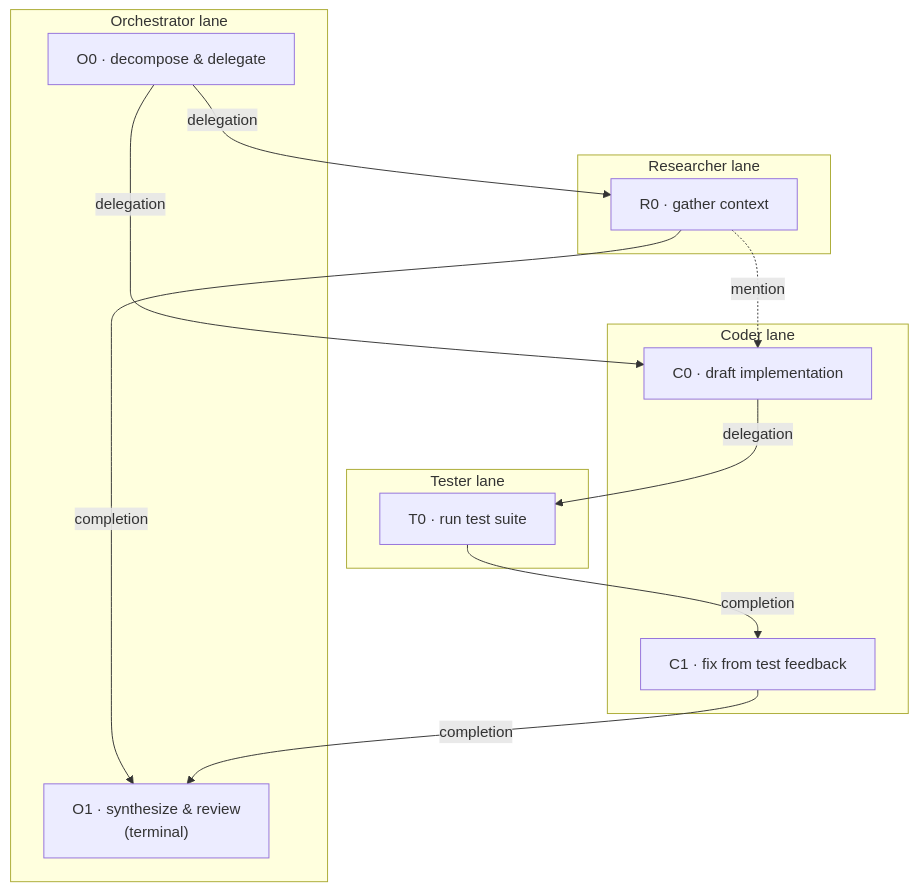
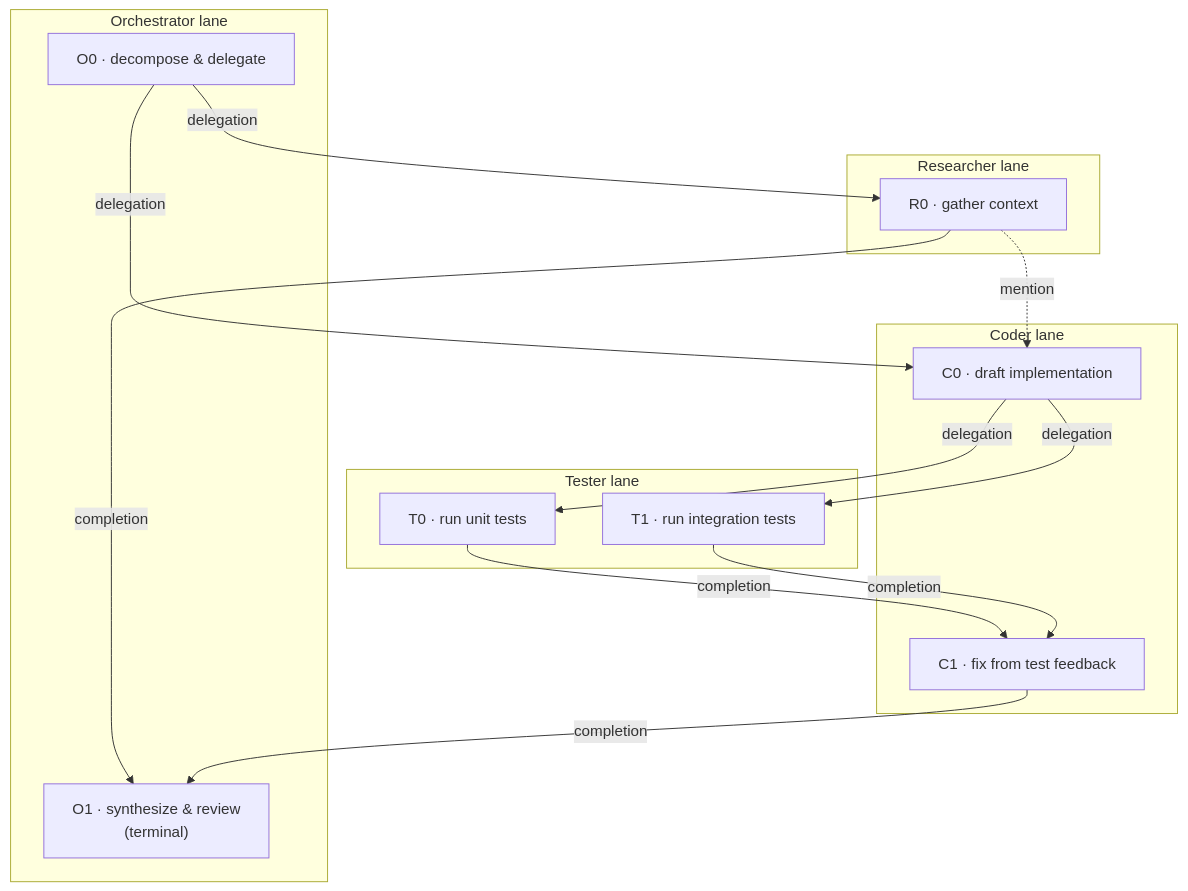
One commit to ketsuzhou/areal-ci changed the first of 8 diagrams in customized_areal/tree_search/agents/README.md. Above: the diagram before and after it, drawn with Mermaid. The commit also changed other lines of this file and 123 other files, not shown here.

````diff
--- a/customized_areal/tree_search/agents/README.md
+++ b/customized_areal/tree_search/agents/README.md
@@ -174,25 +173,28 @@
 ```mermaid
 flowchart TB
     subgraph ORCH["Orchestrator lane"]
         O0["O0 · decompose & delegate"]
         O1["O1 · synthesize & review<br/>(terminal)"]
     end
     subgraph RES["Researcher lane"]
         R0["R0 · gather context"]
     end
     subgraph CODE["Coder lane"]
         C0["C0 · draft implementation"]
         C1["C1 · fix from test feedback"]
     end
     subgraph TEST["Tester lane"]
-        T0["T0 · run test suite"]
+        T0["T0 · run unit tests"]
+        T1["T1 · run integration tests"]
     end
 
     O0 -->|delegation| R0
     O0 -->|delegation| C0
     R0 -.->|mention| C0
     C0 -->|delegation| T0
+    C0 -->|delegation| T1
     T0 -->|completion| C1
+    T1 -->|completion| C1
     R0 -->|completion| O1
     C1 -->|completion| O1
 ```
````
